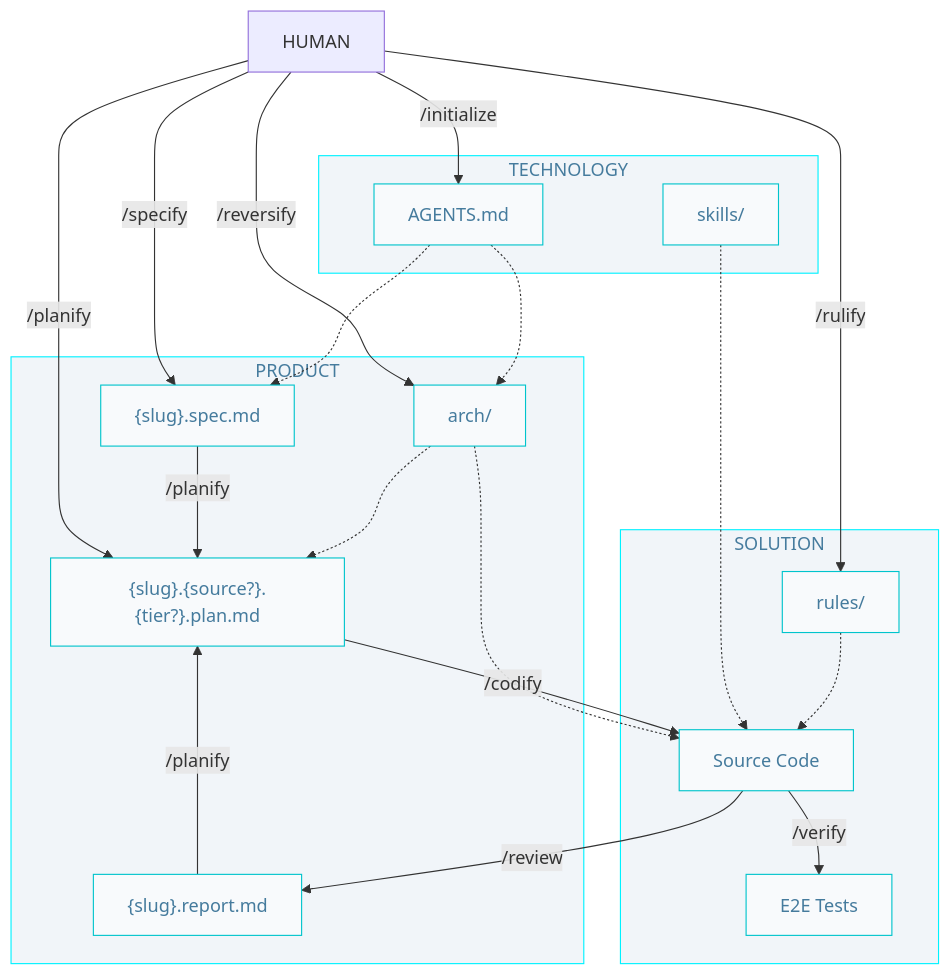
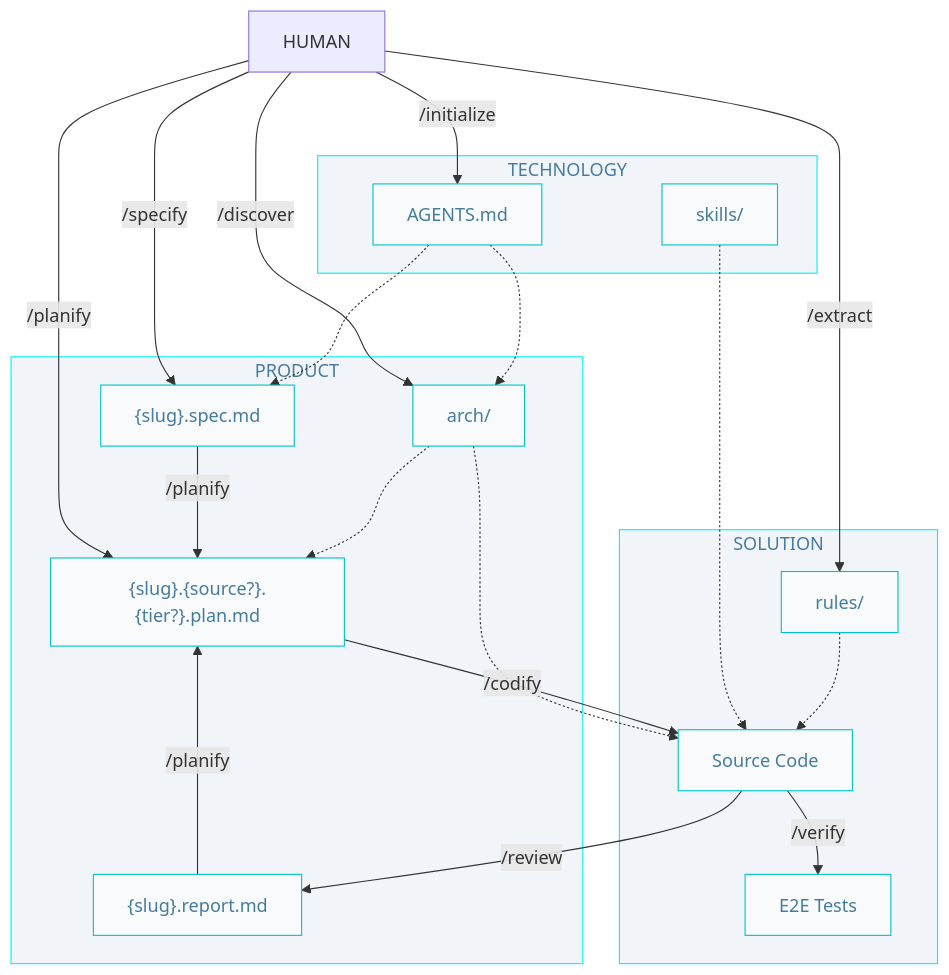
The diagram in docs/AIDD.workflow.md (AIDDbot/AIDDbot), drawn with Mermaid before and after one commit. The commit also changed other lines of this file and 17 other files, not shown here.

First line of the commit message:
feat: add discover and extract skills with corresponding modes and templates

````diff
--- a/docs/AIDD.workflow.md
+++ b/docs/AIDD.workflow.md
@@ -3,43 +3,43 @@
 ```mermaid
 flowchart TD
   classDef nd fill:#f8fafc,stroke:#00c4cc,color:#457b9d
   classDef sg fill:#f1f5f9,stroke:#00f2ff,color:#457b9d 
 
   HUM[HUMAN]
 
   subgraph P["PRODUCT"]
       SPC["{slug}.spec.md"]:::nd
       PLN["{slug}.{source?}.{tier?}.plan.md"]:::nd
       RPT["{slug}.report.md"]:::nd
       ARCH["arch/"]:::nd
   end
 
   subgraph T["TECHNOLOGY"]
       AGT["AGENTS.md"]:::nd
       SKL["skills/"]:::nd
   end  
 
   subgraph S["SOLUTION"]
       COD[Source Code]:::nd
       RUL["rules/"]:::nd
       E2E["E2E Tests"]:::nd
   end
 
   HUM -->|/initialize| AGT
-  HUM -->|/reversify| ARCH
-  HUM -->|/rulify| RUL
+  HUM -->|/discover| ARCH
+  HUM -->|/extract| RUL
   HUM -->|/specify| SPC
   HUM -->|/planify| PLN
   RPT -->|/planify| PLN
   AGT -.-> SPC  
   AGT -.-> ARCH
   SKL & RUL -.-> COD  
   SPC -->|/planify| PLN
   ARCH -.-> PLN
   ARCH -.-> COD
   PLN -->|/codify| COD
   COD -->|/verify| E2E
   COD -->|/review| RPT
 
   class P,T,S sg
 ```
````
